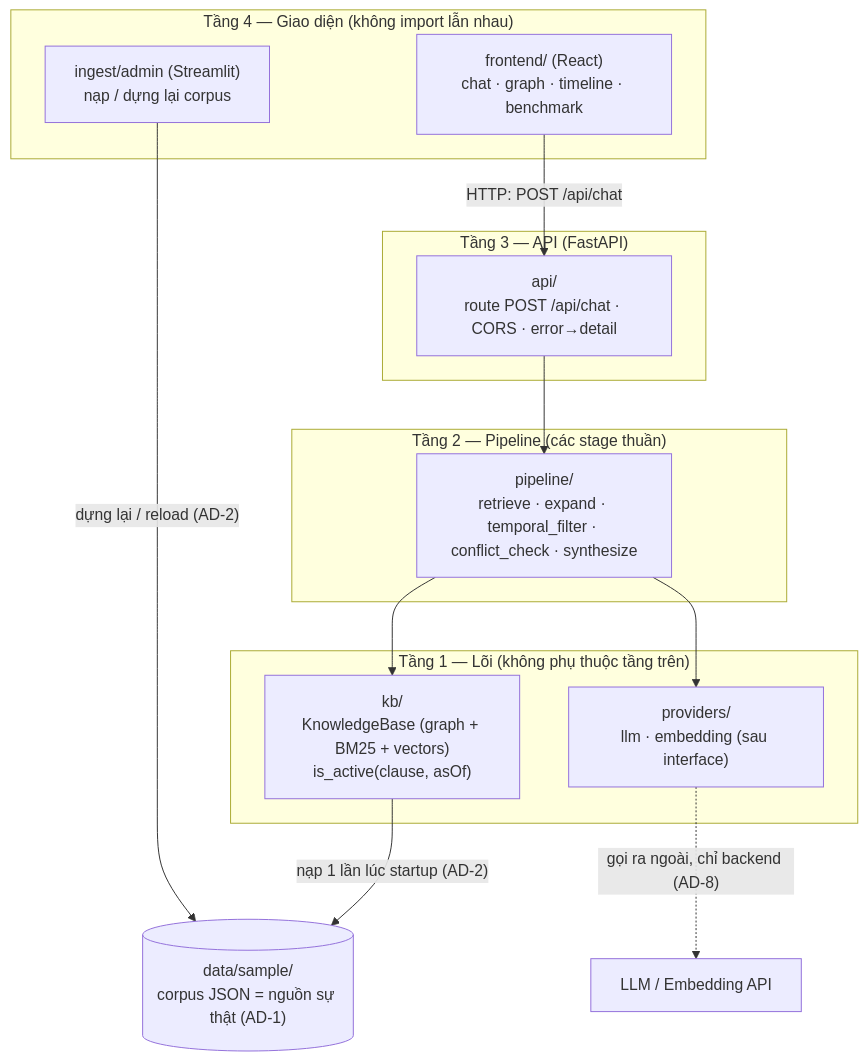
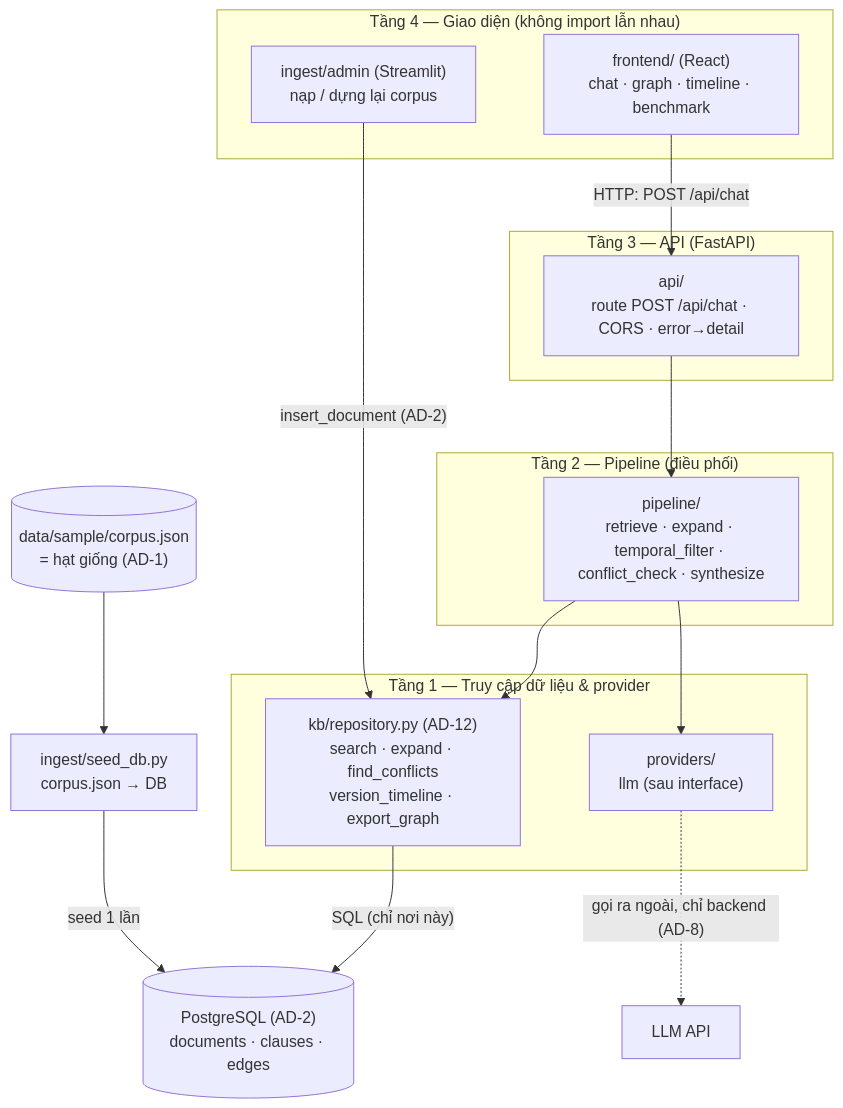
The first of 5 diagrams in _bmad-output/planning-artifacts/architecture/architecture-ibib-vic-2026-2026-07-17/ARCHITECTURE-SPINE.md (manhct2k5-pixel/ibib-vic-2026), drawn with Mermaid before and after one commit. The commit also changed other lines of this file and 47 other files, not shown here.

Commit message:
feat: implement backend pipeline and PostgreSQL repository with source tracking and LLM synthesis

````diff
--- a/_bmad-output/planning-artifacts/architecture/architecture-ibib-vic-2026-2026-07-17/ARCHITECTURE-SPINE.md
+++ b/_bmad-output/planning-artifacts/architecture/architecture-ibib-vic-2026-2026-07-17/ARCHITECTURE-SPINE.md
@@ -88,28 +94,31 @@
 ```mermaid
 graph TD
     subgraph L4["Tầng 4 — Giao diện (không import lẫn nhau)"]
         FE["frontend/ (React)<br/>chat · graph · timeline · benchmark"]
         ADMIN["ingest/admin (Streamlit)<br/>nạp / dựng lại corpus"]
     end
     subgraph L3["Tầng 3 — API (FastAPI)"]
         API["api/<br/>route POST /api/chat · CORS · error→detail"]
     end
-    subgraph L2["Tầng 2 — Pipeline (các stage thuần)"]
+    subgraph L2["Tầng 2 — Pipeline (điều phối)"]
         PIPE["pipeline/<br/>retrieve · expand · temporal_filter · conflict_check · synthesize"]
     end
-    subgraph L1["Tầng 1 — Lõi (không phụ thuộc tầng trên)"]
-        KB["kb/<br/>KnowledgeBase (graph + BM25 + vectors)<br/>is_active(clause, asOf)"]
-        PROV["providers/<br/>llm · embedding (sau interface)"]
+    subgraph L1["Tầng 1 — Truy cập dữ liệu & provider"]
+        REPO["kb/repository.py (AD-12)<br/>search · expand · find_conflicts<br/>version_timeline · export_graph"]
+        PROV["providers/<br/>llm (sau interface)"]
     end
-    DATA[("data/sample/<br/>corpus JSON = nguồn sự thật (AD-1)")]
+    PG[("PostgreSQL (AD-2)<br/>documents · clauses · edges")]
+    SEED["ingest/seed_db.py<br/>corpus.json → DB"]
 
     FE -->|"HTTP: POST /api/chat"| API
     API --> PIPE
-    PIPE --> KB
+    PIPE --> REPO
     PIPE --> PROV
-    KB -->|"nạp 1 lần lúc startup (AD-2)"| DATA
-    ADMIN -->|"dựng lại / reload (AD-2)"| DATA
-    PROV -.->|"gọi ra ngoài, chỉ backend (AD-8)"| EXT["LLM / Embedding API"]
+    REPO -->|"SQL (chỉ nơi này)"| PG
+    ADMIN -->|"insert_document (AD-2)"| REPO
+    SEED -->|"seed 1 lần"| PG
+    CORPUS[("data/sample/corpus.json<br/>= hạt giống (AD-1)")] --> SEED
+    PROV -.->|"gọi ra ngoài, chỉ backend (AD-8)"| EXT["LLM API"]
 
     classDef forbidden stroke-dasharray:4 3;
 ```
````
